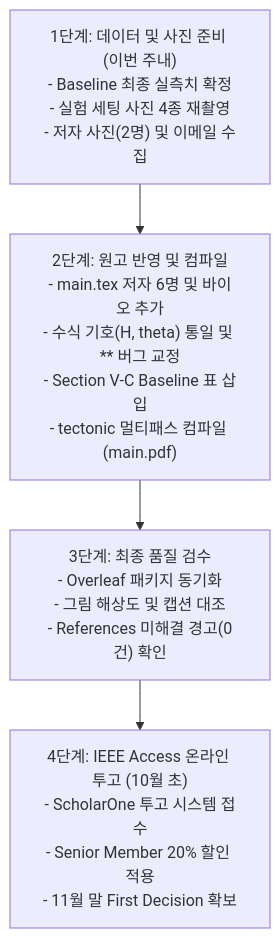
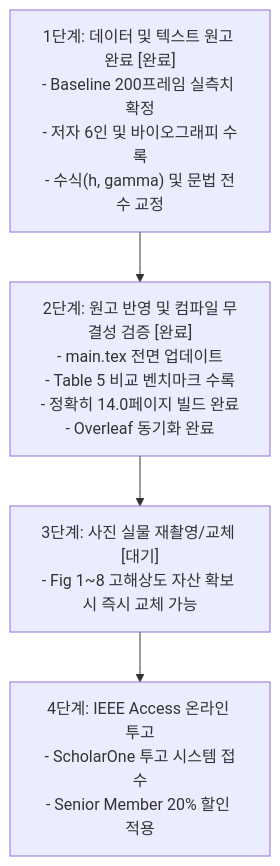
One commit to CGV-HGU/2025-Capstone changed the diagram in docs/papers/IEEE_Access/PAPER_REVISION_CHECKLIST.md. Above: the diagram before and after it, drawn with Mermaid. The commit also changed other lines of this file and 5 other files, not shown here.

````diff
--- a/docs/papers/IEEE_Access/PAPER_REVISION_CHECKLIST.md
+++ b/docs/papers/IEEE_Access/PAPER_REVISION_CHECKLIST.md
@@ -184,6 +127,6 @@
 ```mermaid
 flowchart TD
-    STEP1["1단계: 데이터 및 사진 준비 (이번 주내)\n- Baseline 최종 실측치 확정\n- 실험 세팅 사진 4종 재촬영\n- 저자 사진(2명) 및 이메일 수집"] --> STEP2["2단계: 원고 반영 및 컴파일\n- main.tex 저자 6명 및 바이오 추가\n- 수식 기호(H, theta) 통일 및 ** 버그 교정\n- Section V-C Baseline 표 삽입\n- tectonic 멀티패스 컴파일 (main.pdf)"]
-    STEP2 --> STEP3["3단계: 최종 품질 검수\n- Overleaf 패키지 동기화\n- 그림 해상도 및 캡션 대조\n- References 미해결 경고(0건) 확인"]
-    STEP3 --> STEP4["4단계: IEEE Access 온라인 투고 (10월 초)\n- ScholarOne 투고 시스템 접수\n- Senior Member 20% 할인 적용\n- 11월 말 First Decision 확보"]
+    STEP1["1단계: 데이터 및 텍스트 원고 완료 [완료]\n- Baseline 200프레임 실측치 확정\n- 저자 6인 및 바이오그래피 수록\n- 수식(h, gamma) 및 문법 전수 교정"] --> STEP2["2단계: 원고 반영 및 컴파일 무결성 검증 [완료]\n- main.tex 전면 업데이트\n- Table 5 비교 벤치마크 수록\n- 정확히 14.0페이지 빌드 완료\n- Overleaf 동기화 완료"]
+    STEP2 --> STEP3["3단계: 사진 실물 재촬영/교체 [대기]\n- Fig 1~8 고해상도 자산 확보 시 즉시 교체 가능"]
+    STEP3 --> STEP4["4단계: IEEE Access 온라인 투고\n- ScholarOne 투고 시스템 접수\n- Senior Member 20% 할인 적용"]
 ```
````
